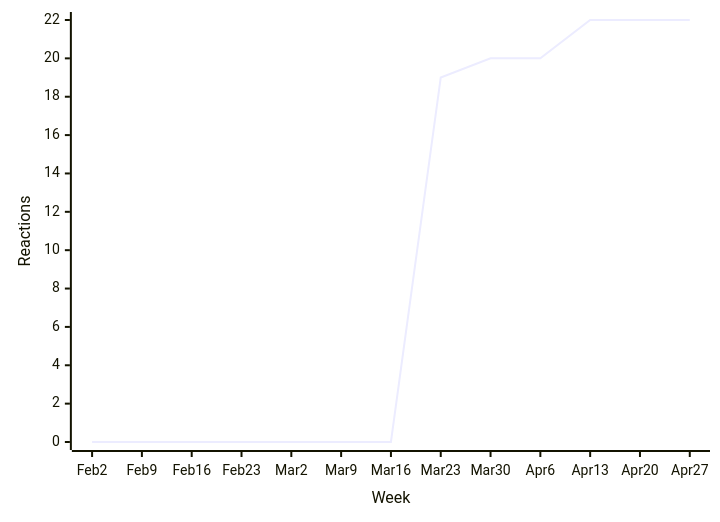
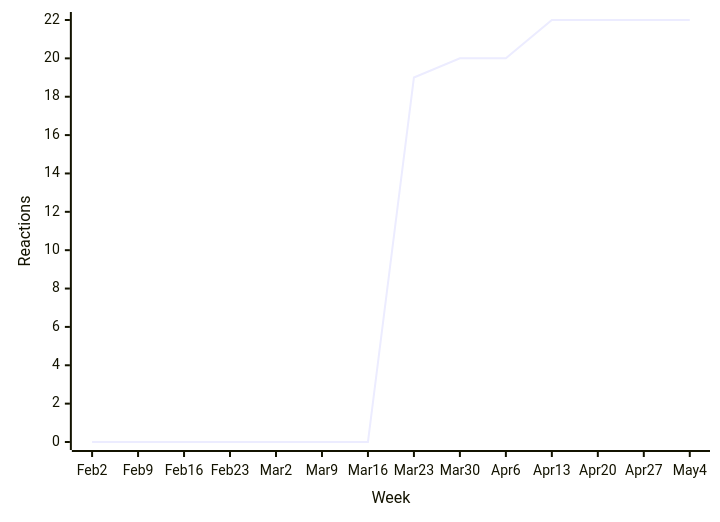
Before and after one commit to loic-sharma/github-insights: the sixth of 56 diagrams in README.md, drawn with Mermaid. The commit also changed other lines of this file and 3 other files, not shown here.

````diff
--- a/README.md
+++ b/README.md
@@ -424,6 +424,6 @@
   ```mermaid
   xychart-beta
-    x-axis "Week" [Feb 2, Feb 9, Feb 16, Feb 23, Mar 2, Mar 9, Mar 16, Mar 23, Mar 30, Apr 6, Apr 13, Apr 20, Apr 27]
+    x-axis "Week" [Feb 2, Feb 9, Feb 16, Feb 23, Mar 2, Mar 9, Mar 16, Mar 23, Mar 30, Apr 6, Apr 13, Apr 20, Apr 27, May 4]
     y-axis "Reactions"
-    line [0, 0, 0, 0, 0, 0, 0, 19, 20, 20, 22, 22, 22]
+    line [0, 0, 0, 0, 0, 0, 0, 19, 20, 20, 22, 22, 22, 22]
   ```
````
